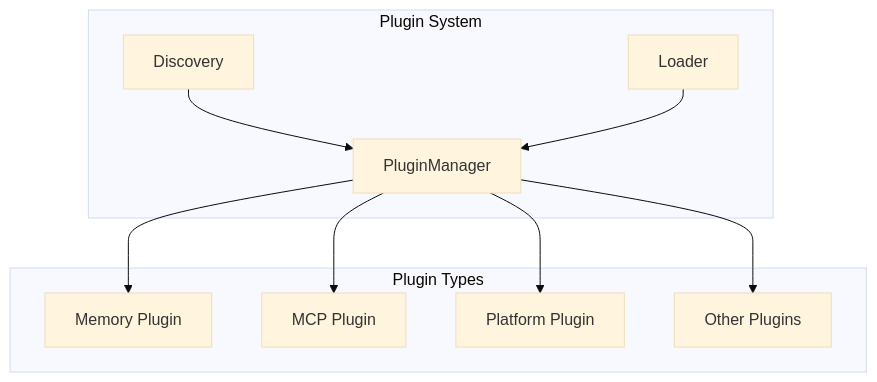
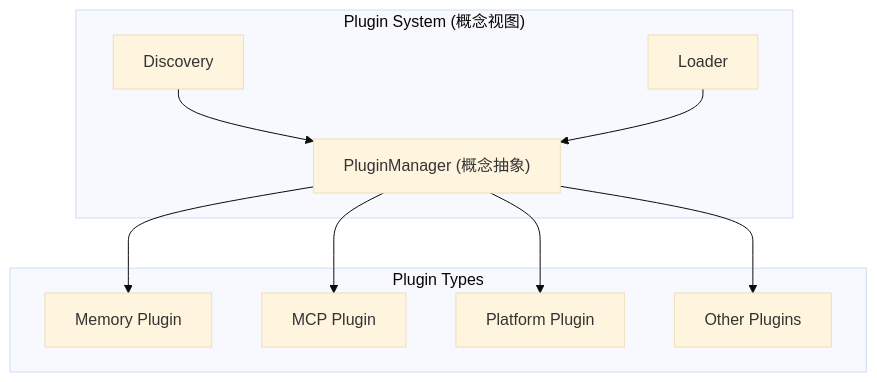
The second of 2 diagrams in docs/architecture-analysis/10-数据流与扩展机制分析.md (SpaceX-mit/hermes-agent-handbook), drawn with Mermaid (base theme) before and after one commit. The commit also changed other lines of this file and 15 other files, not shown here.

First line of the commit message:
fix(analysis): ground architecture docs in real source code

````diff
--- a/docs/architecture-analysis/10-数据流与扩展机制分析.md
+++ b/docs/architecture-analysis/10-数据流与扩展机制分析.md
@@ -287,22 +289,22 @@
 ```mermaid
 flowchart TB
-    subgraph "Plugin System"
-        PM["PluginManager"]
+    subgraph "Plugin System (概念视图)"
+        PM["PluginManager (概念抽象)"]
         DISCOVER["Discovery"]
         LOAD["Loader"]
     end
 
     subgraph "Plugin Types"
         MEM_P["Memory Plugin"]
         MCP_P["MCP Plugin"]
         PLAT_P["Platform Plugin"]
         OTHER["Other Plugins"]
     end
 
     DISCOVER --> PM
     LOAD --> PM
     PM --> MEM_P
     PM --> MCP_P
     PM --> PLAT_P
     PM --> OTHER
 ```
````
